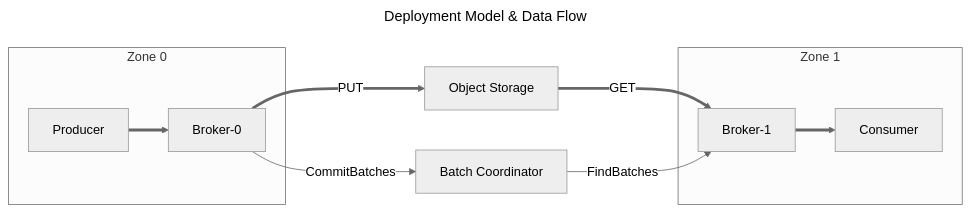
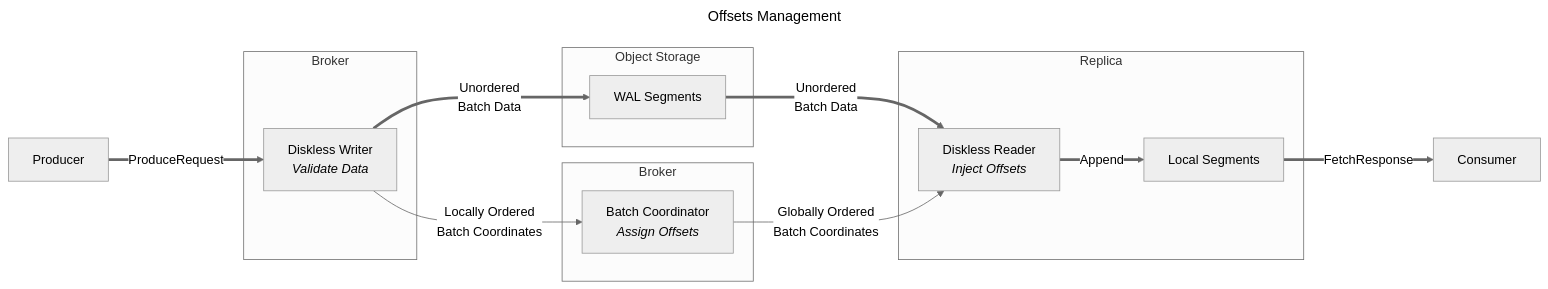
The third of 4 diagrams in docs/inkless/ARCHITECTURE.md (aiven/inkless), drawn with Mermaid (neutral theme) before and after one commit. The commit also changed other lines of this file, not shown here.

Commit message:
fixup: port offsets management diagram from kip (lost original)

````diff
--- a/docs/inkless/ARCHITECTURE.md
+++ b/docs/inkless/ARCHITECTURE.md
@@ -87,22 +74,26 @@
 ```mermaid
 ---
-title: Deployment Model & Data Flow
+title: Offsets Management
 ---
 flowchart LR
-    subgraph AZ0[Zone 0]
-        Producer[Producer]
-        Broker00[Broker-0]
+    Producer[Producer]
+    Consumer[Consumer]
+    subgraph Broker1[Broker]
+        BatchIndex[Batch Coordinator\n<i>Assign Offsets</i>]
     end
-    subgraph AZ1[Zone 1]
-        Consumer[Consumer]
-        Broker10[Broker-1]
+    subgraph Broker2[Broker]
+        Broker2Diskless[Diskless Writer\n<i>Validate Data</i>]
     end
-    ObjectStorage[Object Storage]
-    BatchIndex[Batch Coordinator]
-    
-    Producer ==> Broker00 == PUT ==> ObjectStorage
-    Broker00 -- CommitBatches --> BatchIndex
-    
-    ObjectStorage == GET ==> Broker10 ==> Consumer
-    BatchIndex -- FindBatches --> Broker10
+    subgraph Broker3[Replica]
+        Broker3Diskless[Diskless Reader\n<i>Inject Offsets</i>]
+        Broker3Local[Local Segments]
+    end
+    subgraph Cloud[Object Storage]
+        ObjectStorage[WAL Segments]
+    end
+    Producer == ProduceRequest ==> Broker2Diskless
+    Broker2Diskless == Unordered\nBatch Data ==> ObjectStorage == Unordered\nBatch Data ==> Broker3Diskless
+    Broker2Diskless -- Locally Ordered\nBatch Coordinates --> BatchIndex -- Globally Ordered\nBatch Coordinates --> Broker3Diskless
+    Broker3Diskless == Append ==> Broker3Local
+    Broker3Local == FetchResponse ==> Consumer
 ```
````
